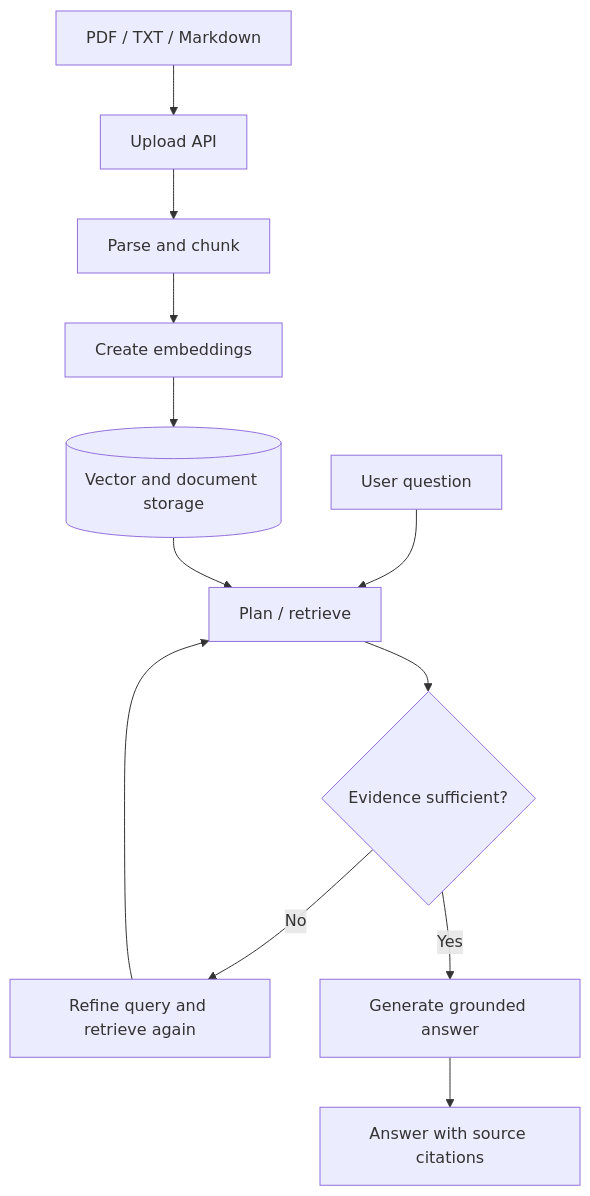
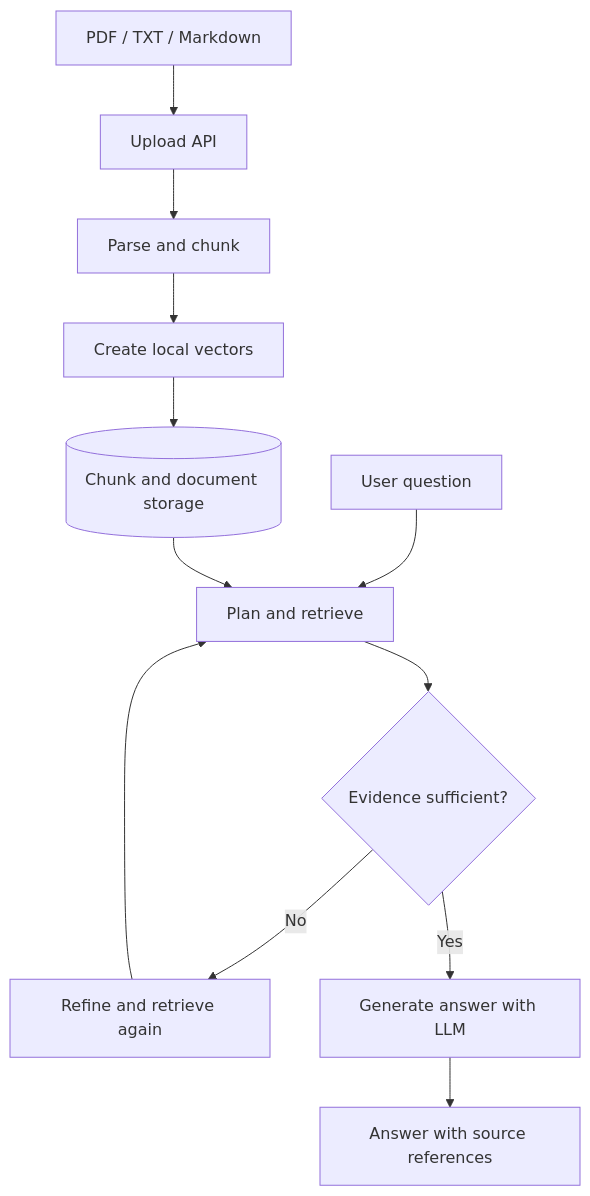
The diagram in README.md (IamAlag/research-assistant), drawn with Mermaid before and after one commit. The commit also changed other lines of this file, not shown here.

````diff
--- a/README.md
+++ b/README.md
@@ -27,14 +32,14 @@
 ```mermaid
 flowchart TD
     A[PDF / TXT / Markdown] --> B[Upload API]
     B --> C[Parse and chunk]
-    C --> D[Create embeddings]
-    D --> E[(Vector and document storage)]
-    F[User question] --> G[Plan / retrieve]
+    C --> D[Create local vectors]
+    D --> E[(Chunk and document storage)]
+    F[User question] --> G[Plan and retrieve]
     E --> G
     G --> H{Evidence sufficient?}
-    H -- No --> I[Refine query and retrieve again]
+    H -- No --> I[Refine and retrieve again]
     I --> G
-    H -- Yes --> J[Generate grounded answer]
-    J --> K[Answer with source citations]
+    H -- Yes --> J[Generate answer with LLM]
+    J --> K[Answer with source references]
 ```
````
